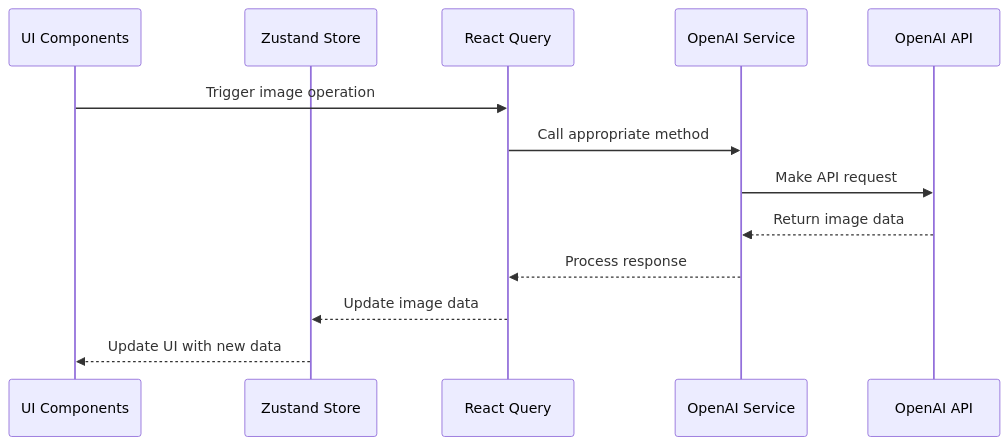
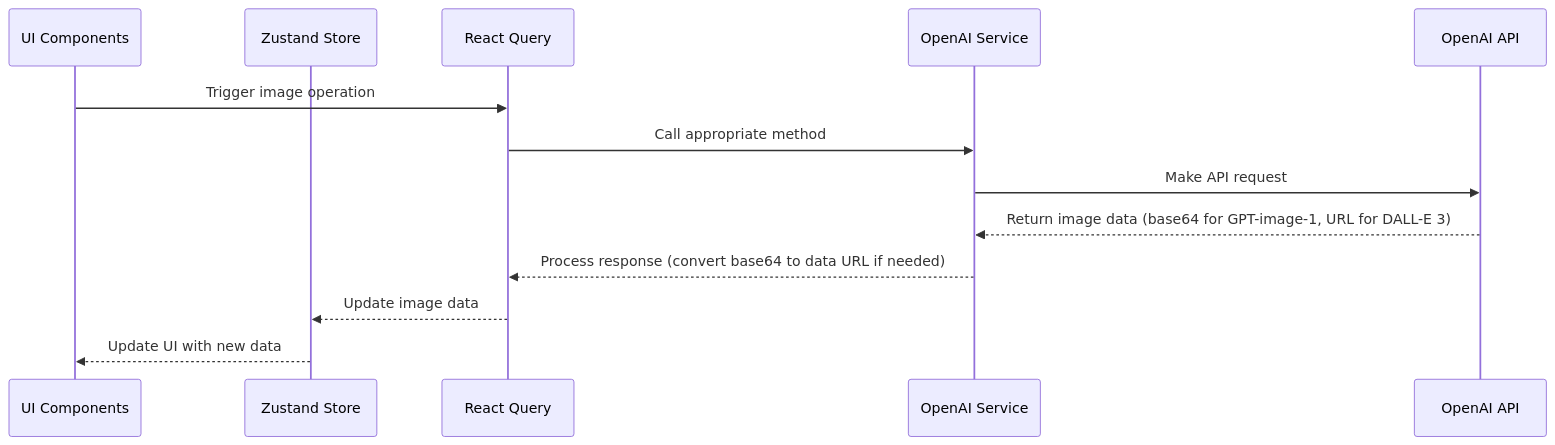
Before and after one commit to dipseth/react-image-generator: the third of 3 diagrams in gpt-image-implementation-plan.md, drawn with Mermaid. The commit also changed other lines of this file and 4 other files, not shown here.

````diff
--- a/gpt-image-implementation-plan.md
+++ b/gpt-image-implementation-plan.md
@@ -181,16 +189,16 @@
 ```mermaid
 sequenceDiagram
     participant UI as UI Components
     participant Store as Zustand Store
     participant Query as React Query
     participant Service as OpenAI Service
     participant API as OpenAI API
     
     UI->>Query: Trigger image operation
     Query->>Service: Call appropriate method
     Service->>API: Make API request
-    API-->>Service: Return image data
-    Service-->>Query: Process response
+    API-->>Service: Return image data (base64 for GPT-image-1, URL for DALL-E 3)
+    Service-->>Query: Process response (convert base64 to data URL if needed)
     Query-->>Store: Update image data
     Store-->>UI: Update UI with new data
 ```
````
